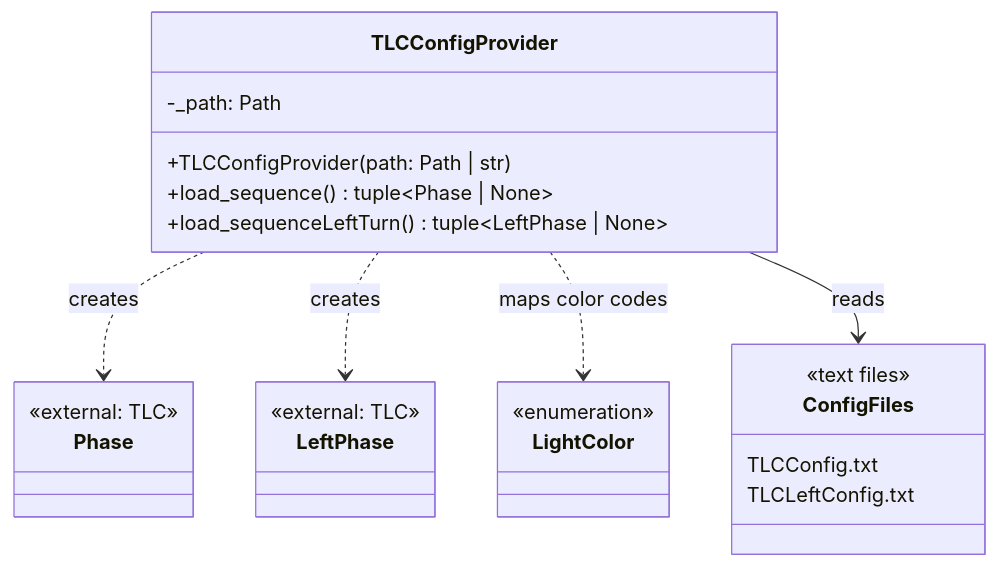
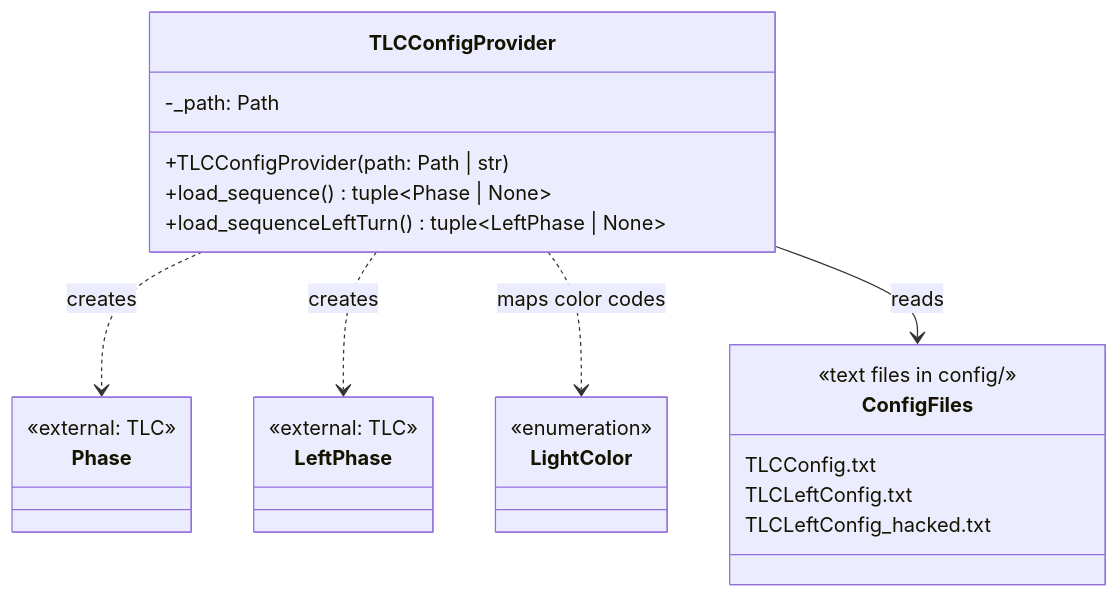
The diagram in Design/TLCConfigProvider_ClassDiagram.md (fullSoftwareAlchemist/TrafficLightController), drawn with Mermaid before and after one commit. The commit also changed 12 other files, not shown here.

````diff
--- a/Design/TLCConfigProvider_ClassDiagram.md
+++ b/Design/TLCConfigProvider_ClassDiagram.md
@@ -3,32 +3,33 @@
 ```mermaid
 classDiagram
     class TLCConfigProvider {
         -_path: Path
         +TLCConfigProvider(path: Path | str)
         +load_sequence() tuple~Phase | None~
         +load_sequenceLeftTurn() tuple~LeftPhase | None~
     }
 
     class Phase {
         <<external: TLC>>
     }
 
     class LeftPhase {
         <<external: TLC>>
     }
 
     class LightColor {
         <<enumeration>>
     }
 
     class ConfigFiles {
-        <<text files>>
+        <<text files in config/>>
         TLCConfig.txt
         TLCLeftConfig.txt
+        TLCLeftConfig_hacked.txt
     }
 
     TLCConfigProvider ..> Phase : creates
     TLCConfigProvider ..> LeftPhase : creates
     TLCConfigProvider ..> LightColor : maps color codes
     TLCConfigProvider --> ConfigFiles : reads
 ```
````
